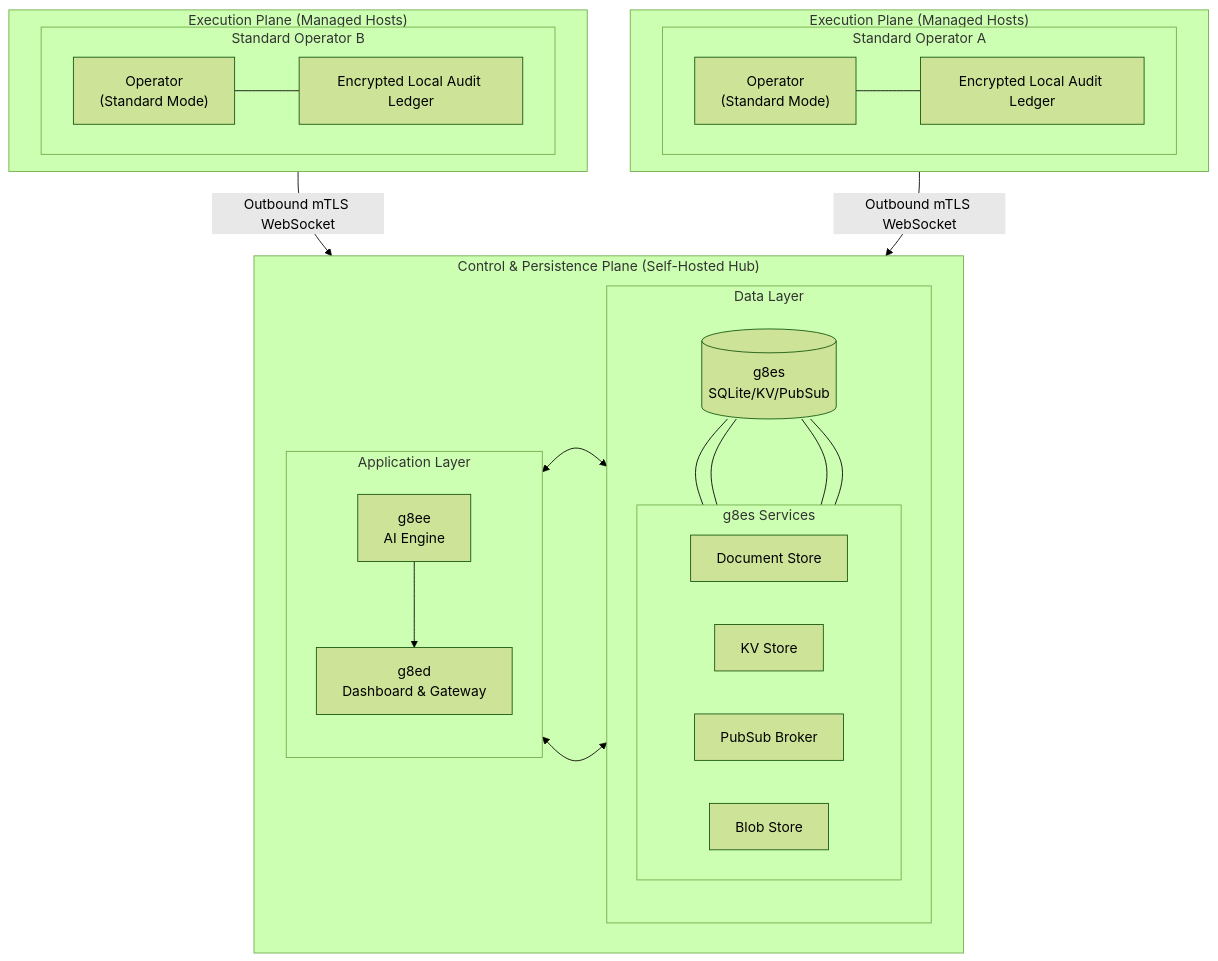
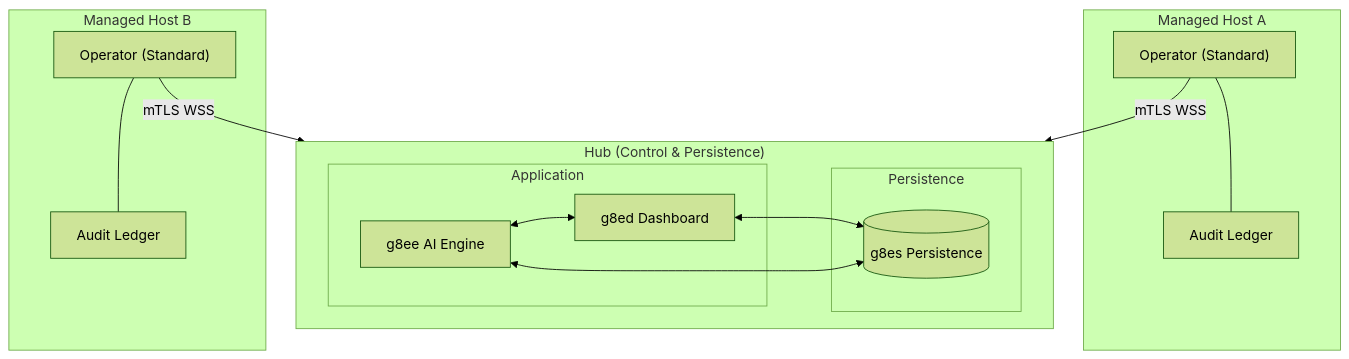
One commit to g8e-ai/g8e changed the diagram in docs/architecture/operator.md. Above: the diagram before and after it, drawn with Mermaid (forest theme). The commit also changed other lines of this file and 55 other files, not shown here.

````diff
--- a/docs/architecture/operator.md
+++ b/docs/architecture/operator.md
@@ -25,48 +21,29 @@
 ```mermaid
 flowchart TD
-    subgraph Hub ["Control & Persistence Plane (Self-Hosted Hub)"]
+    subgraph Hub ["Hub (Control & Persistence)"]
         direction LR
-        subgraph App ["Application Layer"]
-            direction TB
-            g8ed["g8ed<br/>Dashboard & Gateway"]
-            g8ee["g8ee<br/>AI Engine"]
-            g8ee --> g8ed
+        subgraph App ["Application"]
+            g8ed["g8ed Dashboard"]
+            g8ee["g8ee AI Engine"]
+            g8ee <--> g8ed
         end
 
-        subgraph Data ["Data Layer"]
-            direction TB
-            g8es[("g8es<br/>SQLite/KV/PubSub")]
-            subgraph "g8es Services"
-                direction LR
-                DS["Document Store"]
-                KS["KV Store"]
-                PS["PubSub Broker"]
-                BS["Blob Store"]
-            end
-            g8es --- DS
-            g8es --- KS
-            g8es --- PS
-            g8es --- BS
+        subgraph Data ["Persistence"]
+            g8es[("g8es Persistence")]
         end
 
         g8ed <--> g8es
         g8ee <--> g8es
     end
 
-    subgraph EP_A ["Execution Plane (Managed Hosts)"]
-        direction LR
-        subgraph OPA_Node ["Standard Operator A"]
-            OPA["Operator<br/>(Standard Mode)"] --- LGA["Encrypted Local Audit Ledger"]
-        end
+    subgraph EP_A ["Managed Host A"]
+        OPA["Operator (Standard)"] --- LGA["Audit Ledger"]
     end
 
-    subgraph EP_B ["Execution Plane (Managed Hosts)"]
-        direction LR
-        subgraph OPB_Node ["Standard Operator B"]
-            OPB["Operator<br/>(Standard Mode)"] --- LGB["Encrypted Local Audit Ledger"]
-        end
+    subgraph EP_B ["Managed Host B"]
+        OPB["Operator (Standard)"] --- LGB["Audit Ledger"]
     end
 
-    OPA -- "Outbound mTLS WebSocket" --> g8ed
-    OPB -- "Outbound mTLS WebSocket" --> g8ed
+    OPA -- "mTLS WSS" --> g8ed
+    OPB -- "mTLS WSS" --> g8ed
 ```
````
